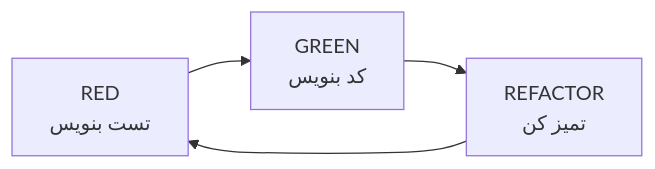
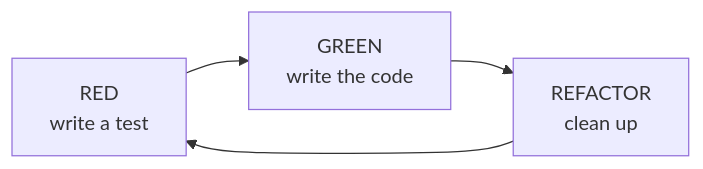
One commit to MohammadRaziei/httpp changed the second of 3 diagrams in docs/agent.md. Above: the diagram before and after it, drawn with Mermaid. The commit also changed other lines of this file and 49 other files, not shown here.

````diff
--- a/docs/agent.md
+++ b/docs/agent.md
@@ -90,6 +93,6 @@
 ```mermaid
 graph LR
-    R[RED<br/>تست بنویس] --> G[GREEN<br/>کد بنویس]
-    G --> RF[REFACTOR<br/>تمیز کن]
+    R[RED<br/>write a test] --> G[GREEN<br/>write the code]
+    G --> RF[REFACTOR<br/>clean up]
     RF --> R
 ```
````
